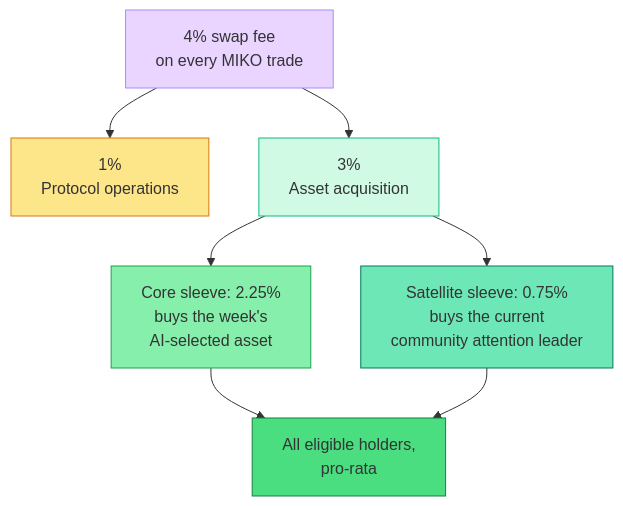
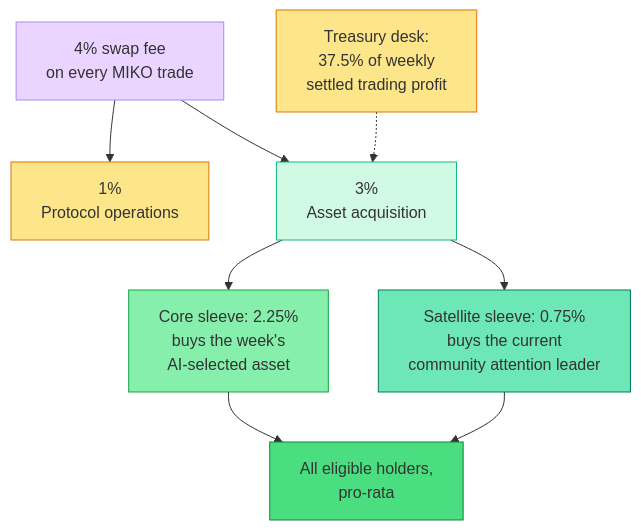
The diagram in docs/miko-protocol/what-miko-allocates-and-why.md (Miko-Protocol/docs), drawn with Mermaid before and after one commit. The commit also changed other lines of this file and 8 other files, not shown here.

````diff
--- a/docs/miko-protocol/what-miko-allocates-and-why.md
+++ b/docs/miko-protocol/what-miko-allocates-and-why.md
@@ -46,15 +47,17 @@
 ```mermaid
 graph TD
     F["4% swap fee<br/>on every MIKO trade"] --> O["1%<br/>Protocol operations"]
     F --> P["3%<br/>Asset acquisition"]
+    T["Treasury desk:<br/>37.5% of weekly<br/>settled trading profit"] -.-> P
     P --> C["Core sleeve: 2.25%<br/>buys the week's<br/>AI-selected asset"]
     P --> S["Satellite sleeve: 0.75%<br/>buys the current<br/>community attention leader"]
     C --> H["All eligible holders,<br/>pro-rata"]
     S --> H
     style F fill:#e9d5ff,stroke:#a78bfa
+    style T fill:#fde68a,stroke:#d97706
     style O fill:#fde68a,stroke:#d97706
     style P fill:#d1fae5,stroke:#10b981
     style C fill:#86efac,stroke:#16a34a
     style S fill:#6ee7b7,stroke:#047857
     style H fill:#4ade80,stroke:#15803d
 ```
````
